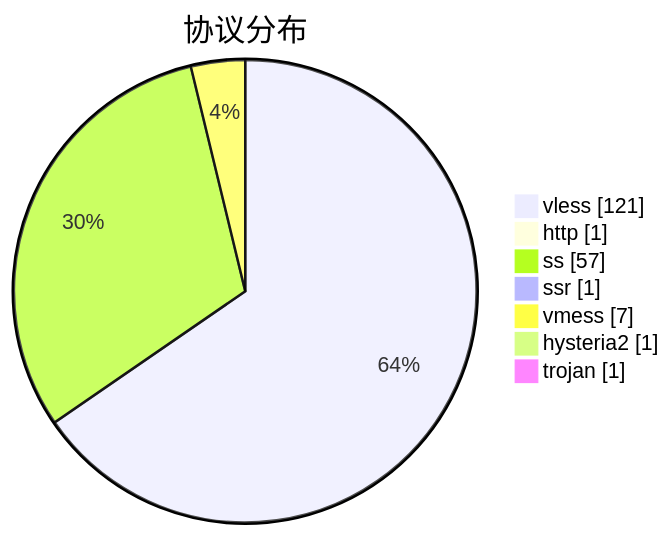
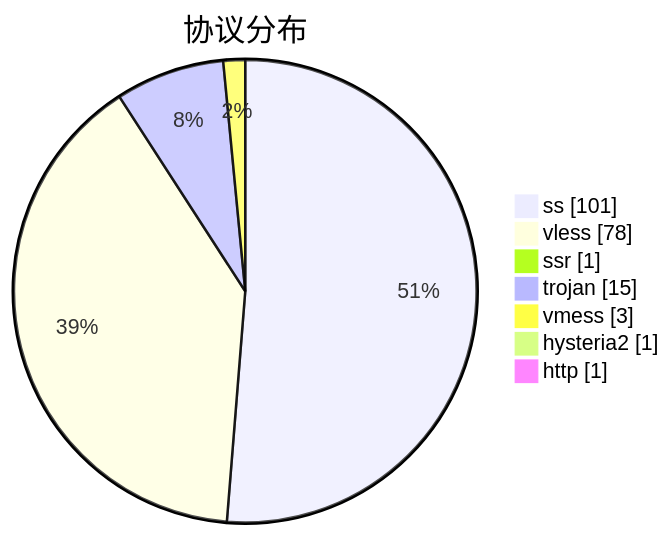
One commit to qjlxg/airport changed the third of 3 diagrams in subs/statistics/tested_within.md. Above: the diagram before and after it, drawn with Mermaid. The commit also changed other lines of this file and 2 other files, not shown here.

````diff
--- a/subs/statistics/tested_within.md
+++ b/subs/statistics/tested_within.md
@@ -24,11 +25,11 @@
 ```mermaid
 pie showData
 title 协议分布
-"vless" : 121
+"ss" : 101
+"vless" : 78
+"ssr" : 1
+"trojan" : 15
+"vmess" : 3
+"hysteria2" : 1
 "http" : 1
-"ss" : 57
-"ssr" : 1
-"vmess" : 7
-"hysteria2" : 1
-"trojan" : 1
 ```
````
